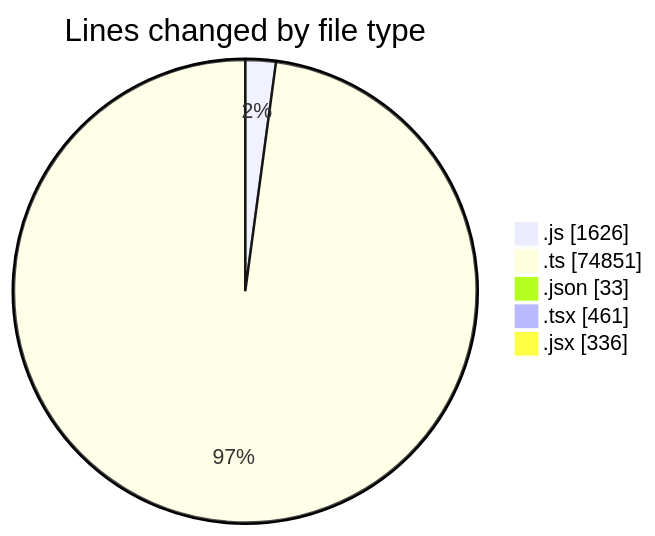
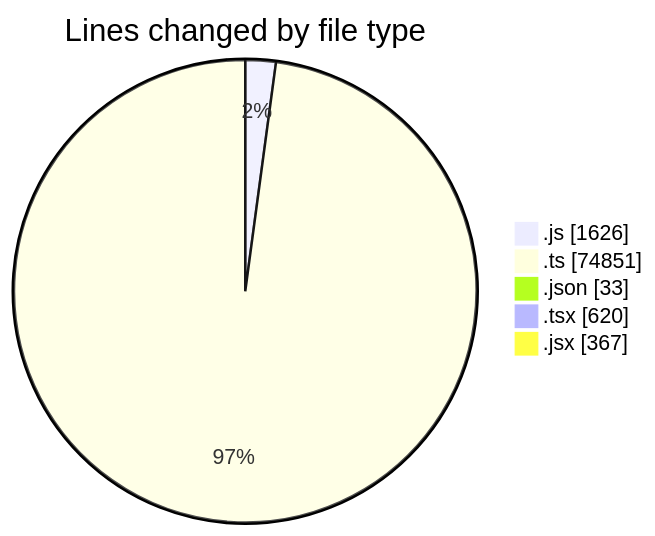
The first of 2 diagrams in 2026-07-27/cda/README.md (momahboobian/code-tracking), drawn with Mermaid before and after one commit. The commit also changed other lines of this file and 1 other file, not shown here.

````diff
--- a/2026-07-27/cda/README.md
+++ b/2026-07-27/cda/README.md
@@ -46,9 +47,9 @@
 ```mermaid
 pie showData
 title Lines changed by file type
 ".js" : 1626
 ".ts" : 74851
 ".json" : 33
-".tsx" : 461
-".jsx" : 336
+".tsx" : 620
+".jsx" : 367
 ```
````
